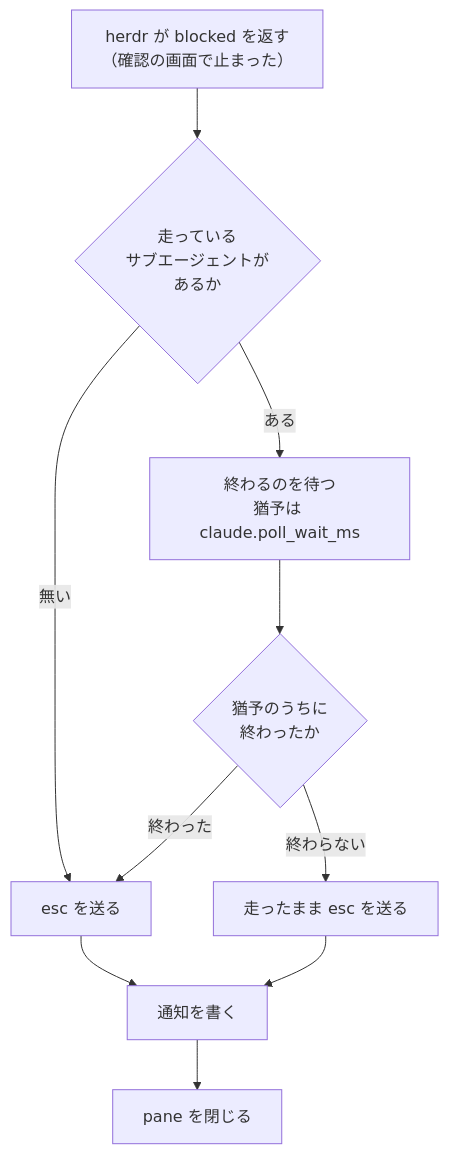
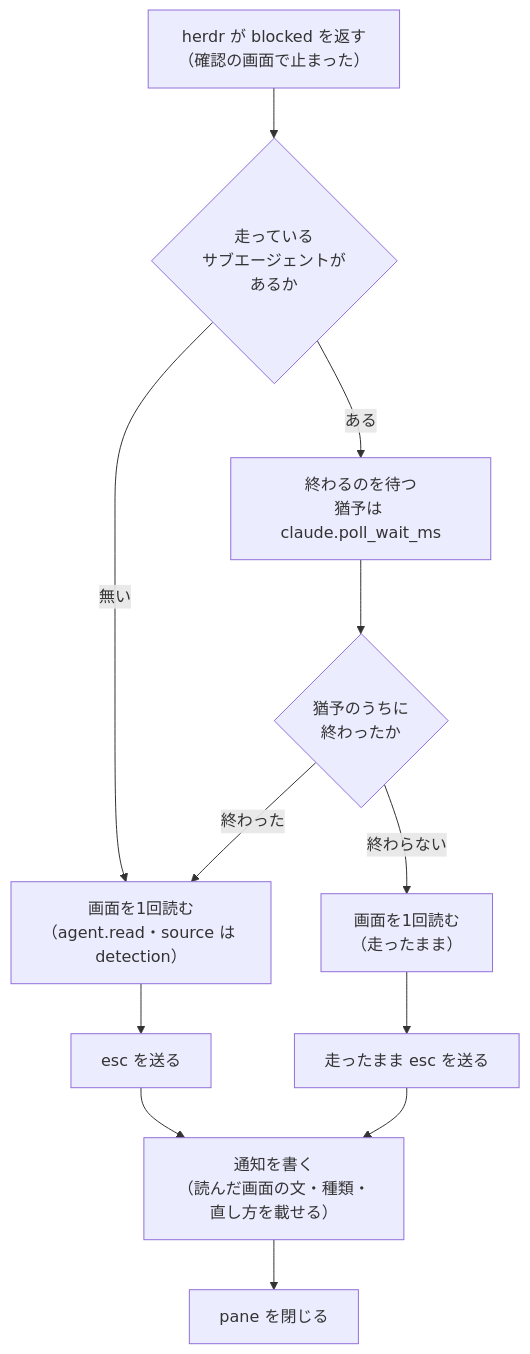
One commit to maimuzo/continuo changed the sixth of 6 diagrams in docs/agent_life_cycle.md. Above: the diagram before and after it, drawn with Mermaid. The commit also changed other lines of this file and 29 other files, not shown here.

````diff
--- a/docs/agent_life_cycle.md
+++ b/docs/agent_life_cycle.md
@@ -313,12 +313,14 @@
 ```mermaid
 flowchart TD
     A["herdr が blocked を返す<br/>（確認の画面で止まった）"] --> B{"走っている<br/>サブエージェントが<br/>あるか"}
-    B -->|無い| E["esc を送る"]
+    B -->|無い| R["画面を1回読む<br/>（agent.read・source は detection）"]
     B -->|ある| C["終わるのを待つ<br/>猶予は claude.poll_wait_ms"]
     C --> D{"猶予のうちに<br/>終わったか"}
-    D -->|終わった| E
-    D -->|終わらない| F["走ったまま esc を送る"]
-    E --> G["通知を書く"]
+    D -->|終わった| R
+    D -->|終わらない| R2["画面を1回読む<br/>（走ったまま）"]
+    R --> E["esc を送る"]
+    R2 --> F["走ったまま esc を送る"]
+    E --> G["通知を書く<br/>（読んだ画面の文・種類・直し方を載せる）"]
     F --> G
     G --> H["pane を閉じる"]
 ```
````
